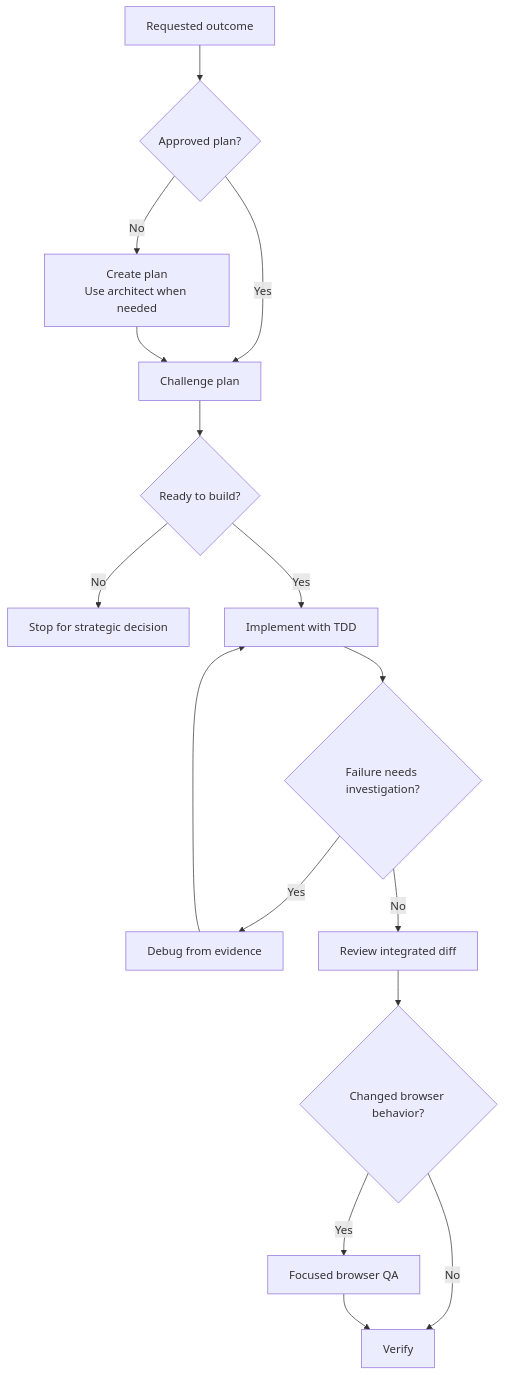
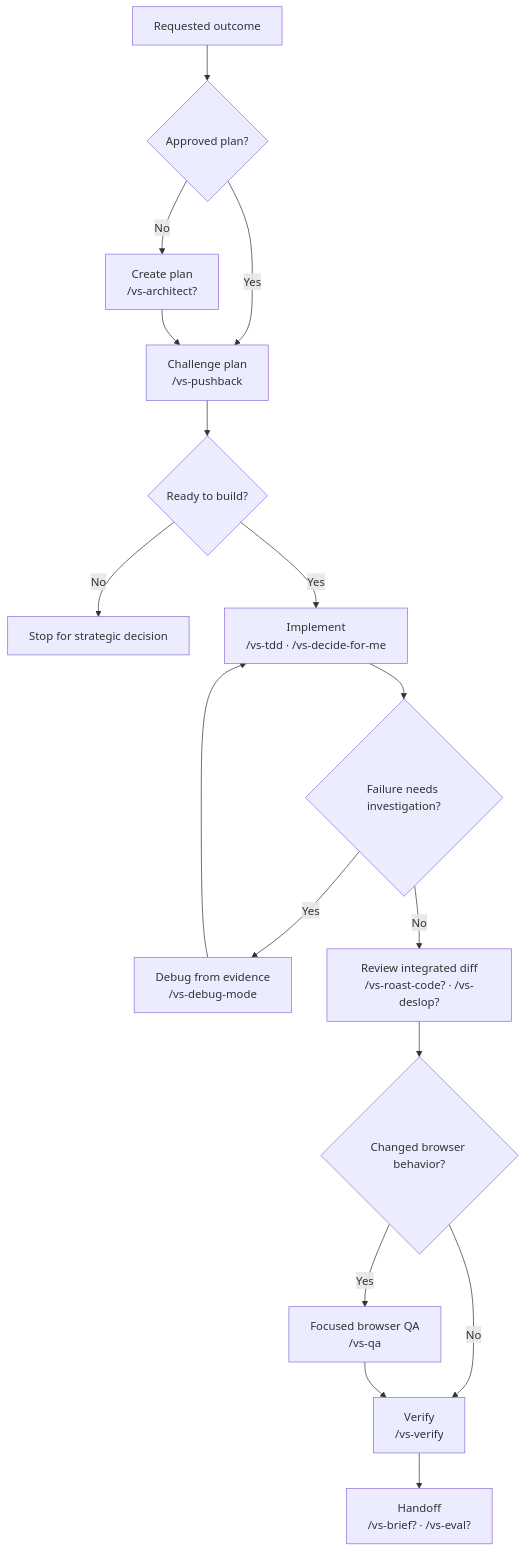
One commit to vltansky/vs changed the third of 4 diagrams in README.md. Above: the diagram before and after it, drawn with Mermaid. The commit also changed other lines of this file, not shown here.

````diff
--- a/README.md
+++ b/README.md
@@ -74,17 +78,18 @@
 ```mermaid
 flowchart TD
     I[Requested outcome] --> P{Approved plan?}
-    P -- No --> A[Create plan<br/>Use architect when needed]
-    P -- Yes --> C[Challenge plan]
+    P -- No --> A["Create plan<br/>/vs-architect?"]
+    P -- Yes --> C["Challenge plan<br/>/vs-pushback"]
     A --> C
     C --> R{Ready to build?}
     R -- No --> S[Stop for strategic decision]
-    R -- Yes --> E[Implement with TDD]
+    R -- Yes --> E["Implement<br/>/vs-tdd · /vs-decide-for-me"]
     E --> D{Failure needs investigation?}
-    D -- Yes --> G[Debug from evidence] --> E
-    D -- No --> V[Review integrated diff]
+    D -- Yes --> G["Debug from evidence<br/>/vs-debug-mode"] --> E
+    D -- No --> V["Review integrated diff<br/>/vs-roast-code? · /vs-deslop?"]
     V --> Q{Changed browser behavior?}
-    Q -- Yes --> B[Focused browser QA]
-    Q -- No --> O[Verify]
+    Q -- Yes --> B["Focused browser QA<br/>/vs-qa"]
+    Q -- No --> O["Verify<br/>/vs-verify"]
     B --> O
+    O --> H["Handoff<br/>/vs-brief? · /vs-eval?"]
 ```
````
